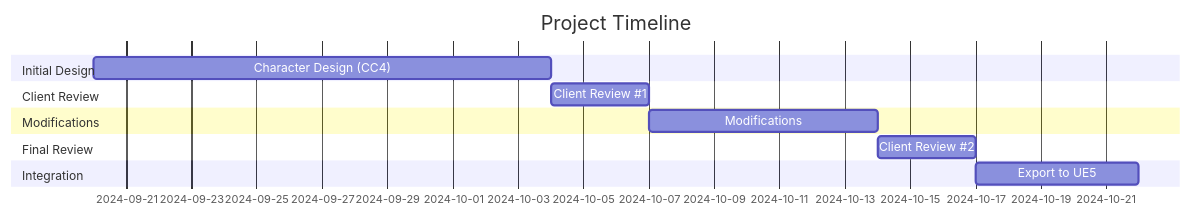
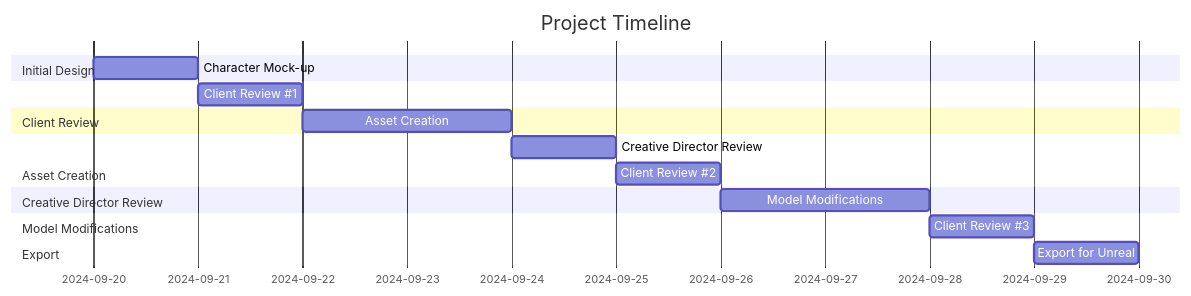
Before and after one commit to diamond-one/hybrid-AI-animated-shorts-pipeline: the diagram in gantt-chart-project.md, drawn with Mermaid. The commit also changed 4 other files, not shown here.

````diff
--- a/gantt-chart-project.md
+++ b/gantt-chart-project.md
@@ -6,15 +6,30 @@
 ```mermaid
 gantt
     dateFormat  YYYY-MM-DD
     title Project Timeline
+    
     section Initial Design
-    Character Design (CC4) :a1, 2024-09-20, 14d
+    Character Mock-up                 :a1, 2024-09-20, 1d
+    
     section Client Review
-    Client Review #1 :a2, after a1, 3d
-    section Modifications
-    Modifications :a3, after a2, 7d
-    section Final Review
-    Client Review #2 :a4, after a3, 3d
-    section Integration
-    Export to UE5 :a5, after a4, 5d
+    Client Review #1                  :a2, after a1, 1d
+    
+    section Asset Creation
+    Asset Creation                    :a3, after a2, 2d
+    
+    section Creative Director Review
+    Creative Director Review           :a4, after a3, 1d
+    
+    section Client Review
+    Client Review #2                  :a5, after a4, 1d
+    
+    section Model Modifications
+    Model Modifications               :a6, after a5, 2d
+    
+    section Client Review
+    Client Review #3                  :a7, after a6, 1d
+    
+    section Export
+    Export for Unreal                 :a8, after a7, 0.5d
+
 ```
````
